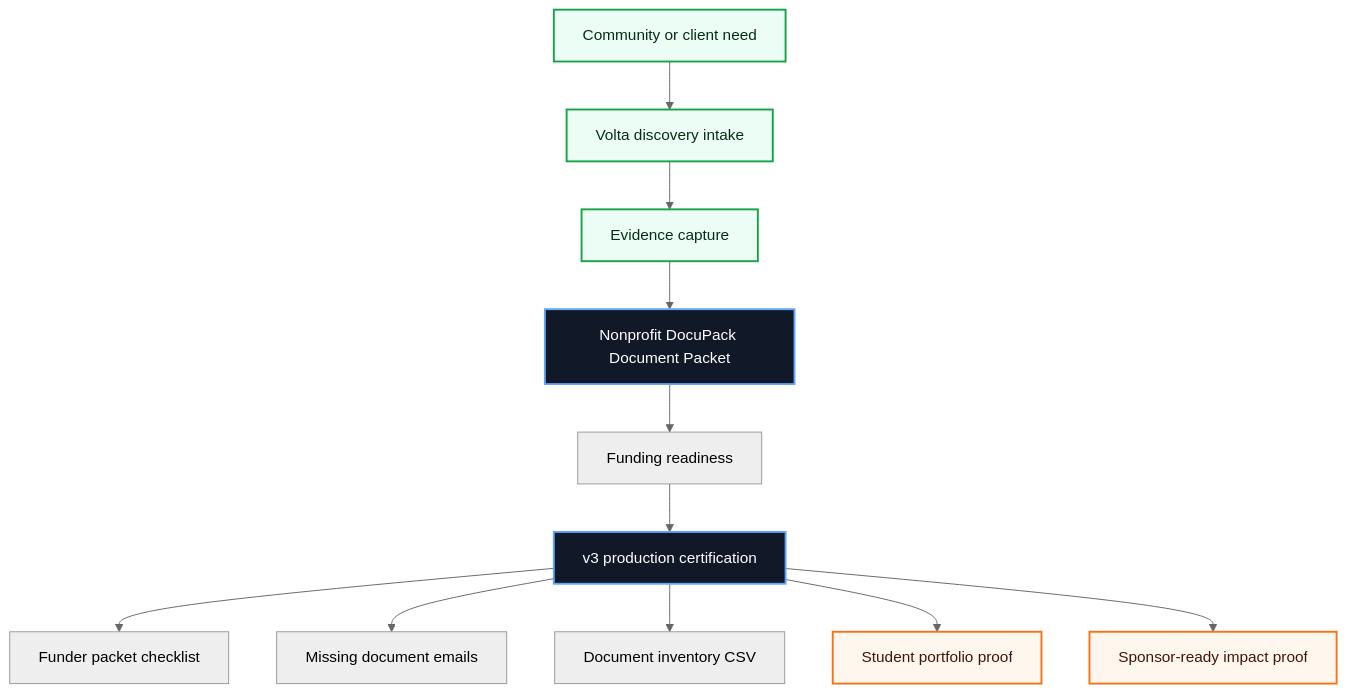
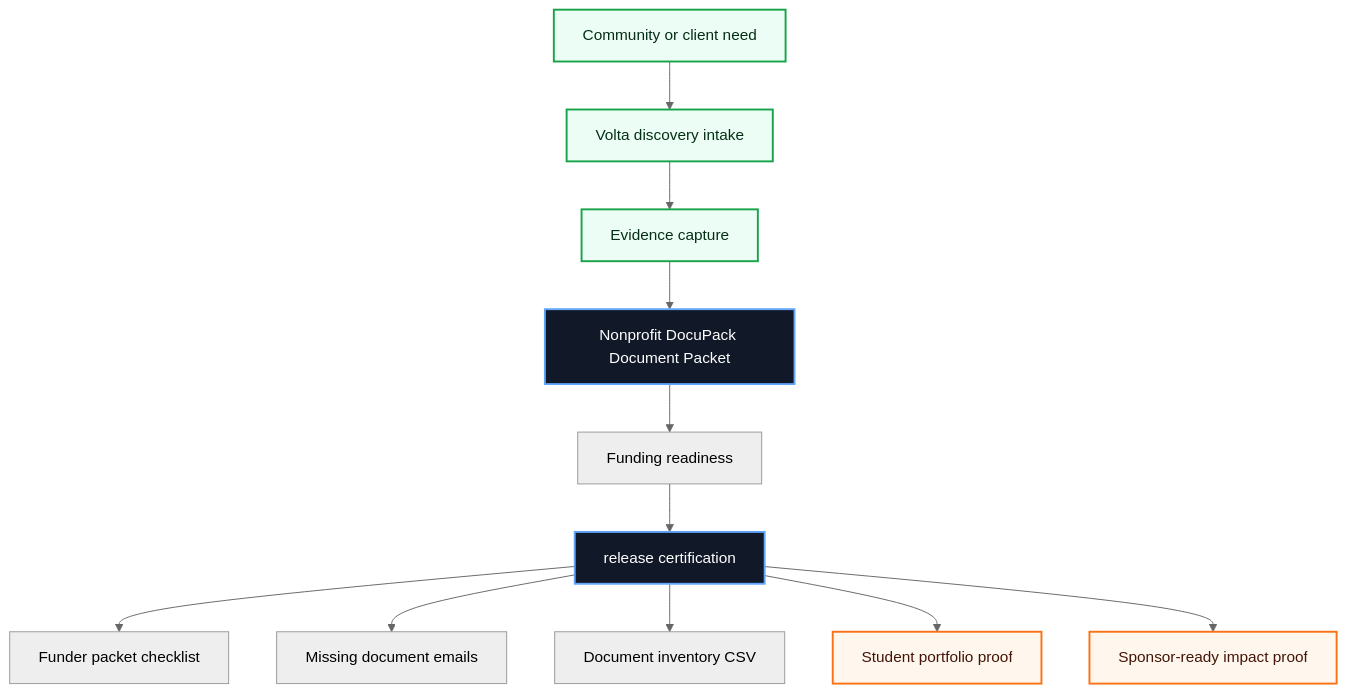
One commit to volta-npo/nonprofit-docu-pack changed the first of 3 diagrams in README.md. Above: the diagram before and after it, drawn with Mermaid (neutral theme). The commit also changed other lines of this file and 28 other files, not shown here.

````diff
--- a/README.md
+++ b/README.md
@@ -43,20 +43,20 @@
 ```mermaid
 flowchart TD
     Need["Community or client need"] --> Intake["Volta discovery intake"]
     Intake --> Evidence["Evidence capture"]
     Evidence --> Workbench["Nonprofit DocuPack Document Packet"]
     Workbench --> Score["Funding readiness"]
-    Score --> Cert["v3 production certification"]
+    Score --> Cert["release certification"]
     Cert --> A1["Funder packet checklist"]
     Cert --> A2["Missing document emails"]
     Cert --> A3["Document inventory CSV"]
     Cert --> Student["Student portfolio proof"]
     Cert --> Sponsor["Sponsor-ready impact proof"]
 
     classDef volta fill:#111827,stroke:#60a5fa,color:#ffffff,stroke-width:2px;
     classDef equity fill:#ecfdf5,stroke:#16a34a,color:#052e16,stroke-width:2px;
     classDef proof fill:#fff7ed,stroke:#f97316,color:#431407,stroke-width:2px;
     class Workbench,Cert volta;
     class Need,Intake,Evidence equity;
     class Student,Sponsor proof;
 ```
````
